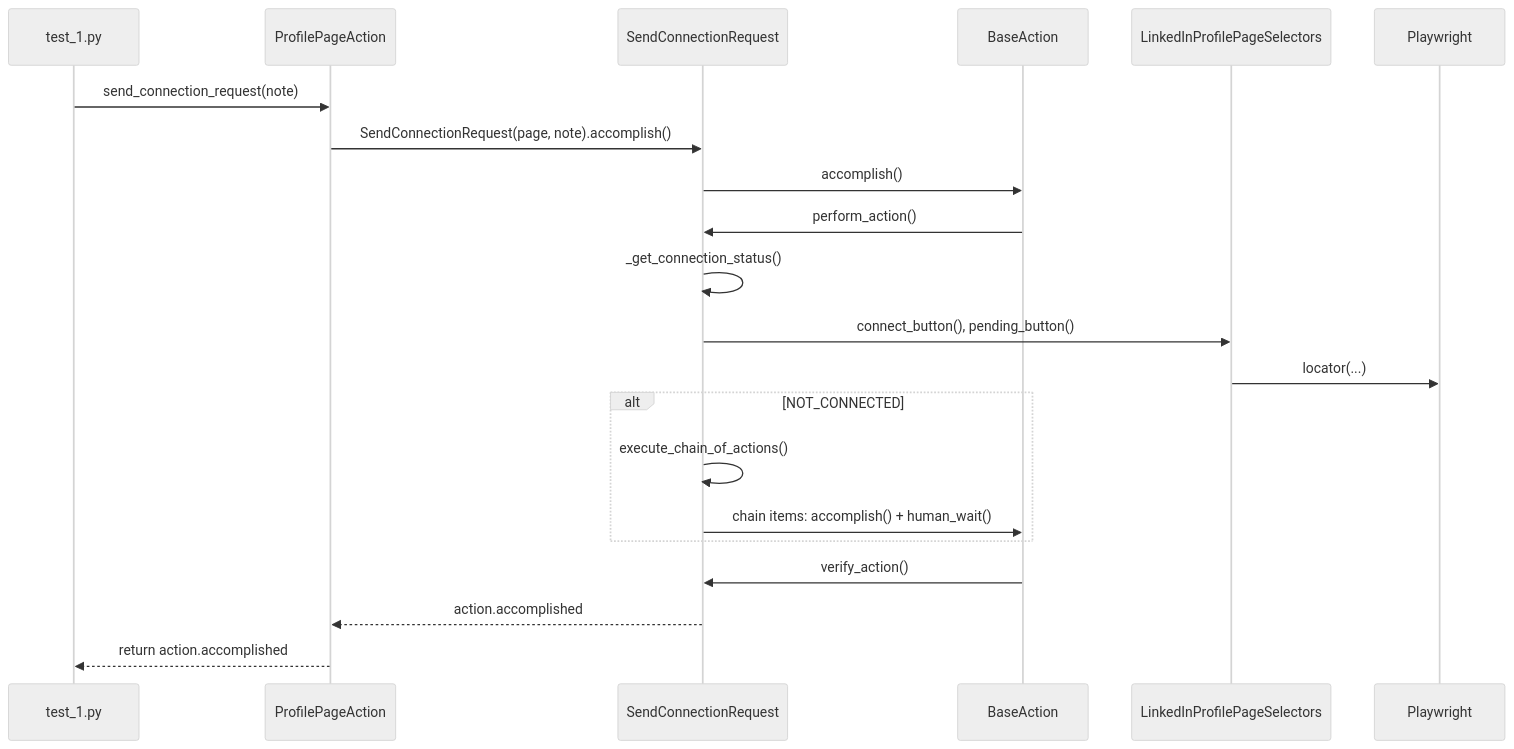
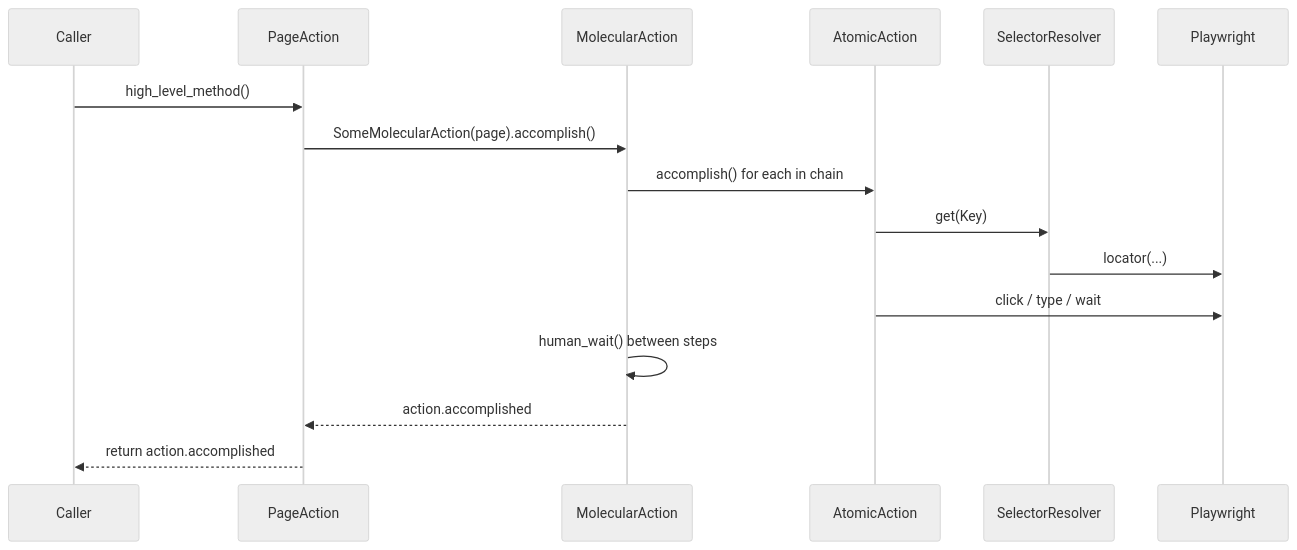
One commit to Roshan-yadav-evil-genius/TheOneEye-Backend changed the second of 2 diagrams in core/Node/Nodes/Browser/automation/architecture.md. Above: the diagram before and after it, drawn with Mermaid (neutral theme). The commit also changed other lines of this file, not shown here.

First line of the commit message:
Refactor browser automation architecture for multi-site support

````diff
--- a/core/Node/Nodes/Browser/automation/architecture.md
+++ b/core/Node/Nodes/Browser/automation/architecture.md
@@ -118,24 +125,19 @@
 ```mermaid
 sequenceDiagram
-  participant Caller as test_1.py
-  participant ProfilePage as ProfilePageAction
-  participant Action as SendConnectionRequest
-  participant Base as BaseAction
-  participant Selectors as LinkedInProfilePageSelectors
+  participant Caller
+  participant PageAction
+  participant Molecular as MolecularAction
+  participant Atomic as AtomicAction
+  participant Resolver as SelectorResolver
   participant Playwright as Playwright
 
-  Caller->>ProfilePage: send_connection_request(note)
-  ProfilePage->>Action: SendConnectionRequest(page, note).accomplish()
-  Action->>Base: accomplish()
-  Base->>Action: perform_action()
-  Action->>Action: _get_connection_status()
-  Action->>Selectors: connect_button(), pending_button()
-  Selectors->>Playwright: locator(...)
-  alt NOT_CONNECTED
-    Action->>Action: execute_chain_of_actions()
-    Action->>Base: chain items: accomplish() + human_wait()
-  end
-  Base->>Action: verify_action()
-  Action-->>ProfilePage: action.accomplished
-  ProfilePage-->>Caller: return action.accomplished
+  Caller->>PageAction: high_level_method()
+  PageAction->>Molecular: SomeMolecularAction(page).accomplish()
+  Molecular->>Atomic: accomplish() for each in chain
+  Atomic->>Resolver: get(Key)
+  Resolver->>Playwright: locator(...)
+  Atomic->>Playwright: click / type / wait
+  Molecular->>Molecular: human_wait() between steps
+  Molecular-->>PageAction: action.accomplished
+  PageAction-->>Caller: return action.accomplished
 ```
````
